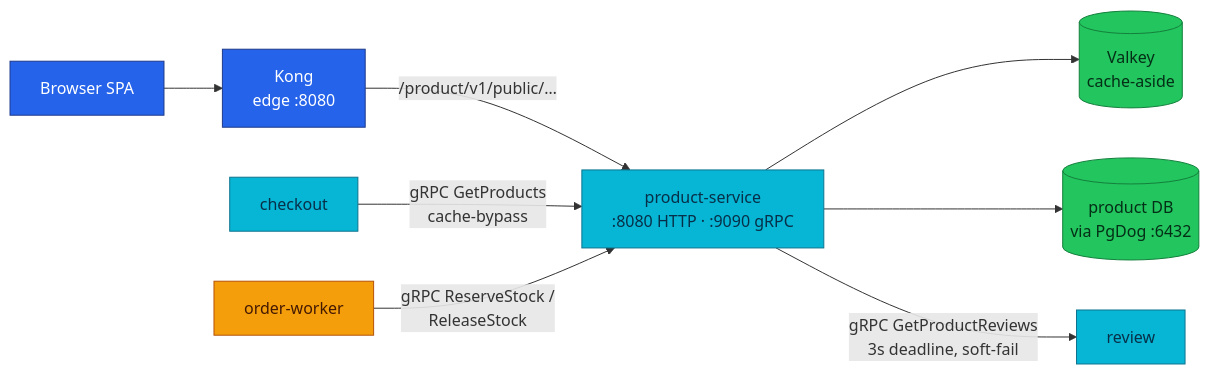
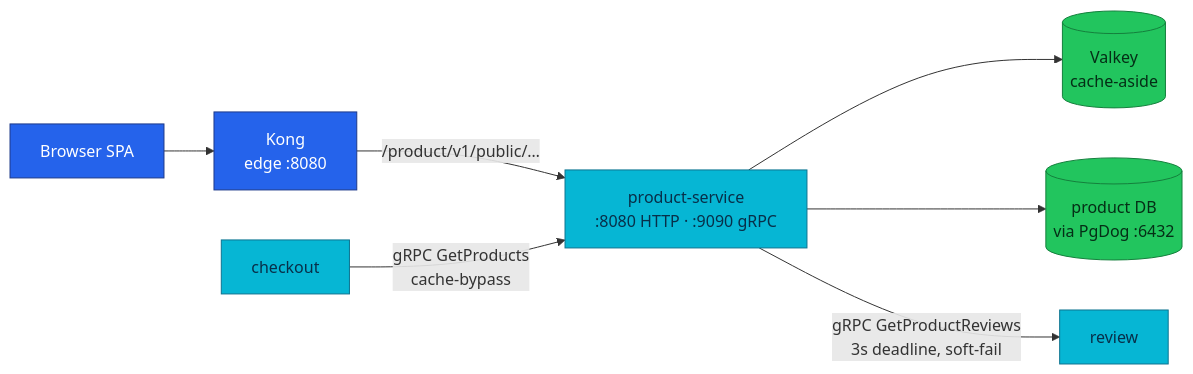
One commit to duynhlab/homelab changed the diagram in docs/api/product.md. Above: the diagram before and after it, drawn with Mermaid. The commit also changed other lines of this file and 5 other files, not shown here.

````diff
--- a/docs/api/product.md
+++ b/docs/api/product.md
@@ -58,19 +60,16 @@
 ```mermaid
 flowchart LR
     SPA["Browser SPA"] --> Kong["Kong<br/>edge :8080"]
     Kong -->|"/product/v1/public/…"| Product["product-service<br/>:8080 HTTP · :9090 gRPC"]
     Product --> Cache[("Valkey<br/>cache-aside")]
     Product --> DB[("product DB<br/>via PgDog :6432")]
     Product -->|"gRPC GetProductReviews<br/>3s deadline, soft-fail"| Review[review]
     Checkout[checkout] -->|"gRPC GetProducts<br/>cache-bypass"| Product
-    Worker["order-worker"] -->|"gRPC ReserveStock /<br/>ReleaseStock"| Product
 
     classDef edge fill:#2563eb,color:#fff,stroke:#1e3a8a;
     classDef service fill:#06b6d4,color:#082f49,stroke:#0e7490;
-    classDef worker fill:#f59e0b,color:#451a03,stroke:#b45309;
     classDef data fill:#22c55e,color:#052e16,stroke:#15803d;
     class SPA,Kong edge;
     class Product,Review,Checkout service;
-    class Worker worker;
     class DB,Cache data;
 ```
````
